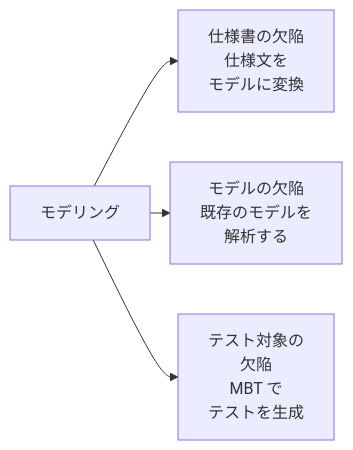
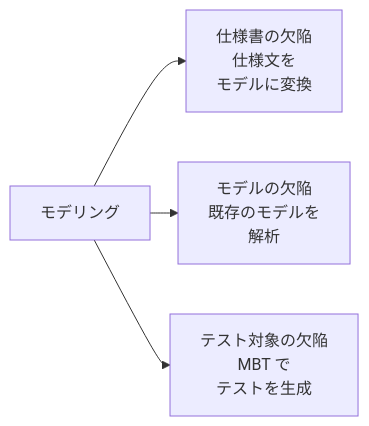
One commit to ozaki25/jstqb-foundation-training-ozaki25 changed the first of 2 diagrams in sites/al-ta/docs/lessons/lesson27/index.md. Above: the diagram before and after it, drawn with Mermaid. The commit also changed 10 other files, not shown here.

````diff
--- a/sites/al-ta/docs/lessons/lesson27/index.md
+++ b/sites/al-ta/docs/lessons/lesson27/index.md
@@ -32,7 +32,7 @@
 ```mermaid
 %%{init: {"flowchart": {"rankSpacing": 20}}}%%
 flowchart LR
     M[モデリング] --> S[仕様書の欠陥\n仕様文を\nモデルに変換]
-    M --> D[モデルの欠陥\n既存のモデルを\n解析する]
-    M --> T[テスト対象の\n欠陥\nMBT で\nテストを生成]
+    M --> D[モデルの欠陥\n既存のモデルを\n解析]
+    M --> T[テスト対象の欠陥\nMBT で\nテストを生成]
 ```
````
